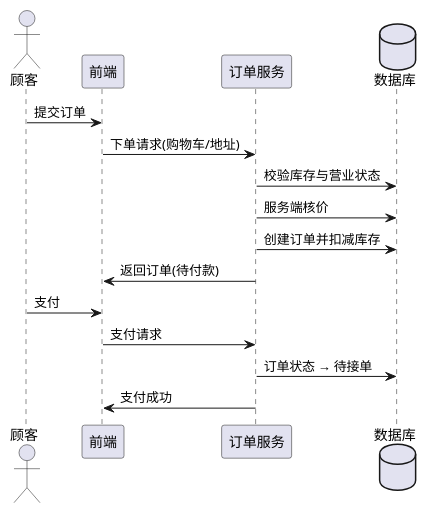
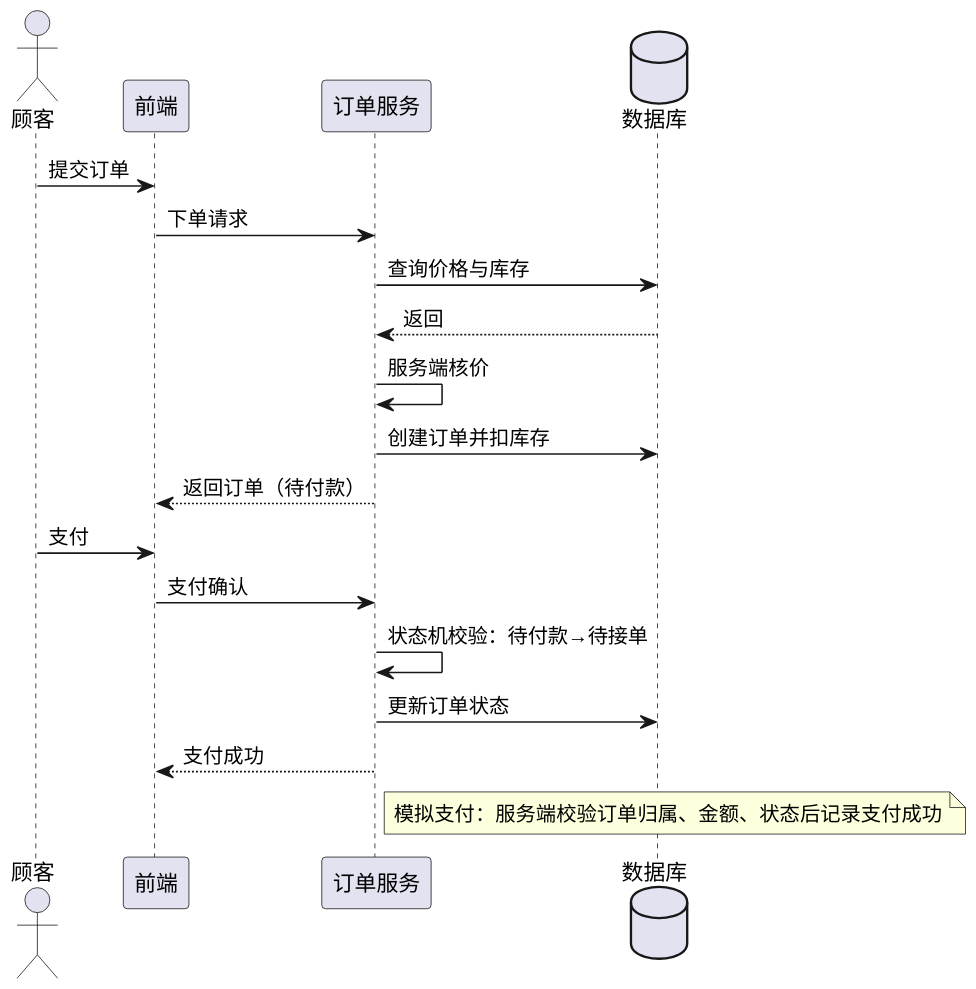
The diagram in UML/UML时序图.puml (shenningxin-lab/software-engineering-lab), drawn with PlantUML before and after one commit. The commit also changed 23 other files, not shown here.

Commit message:
实验二：保存人工修改后的 UML 与 UI 设计

```diff
--- a/UML/UML时序图.puml
+++ b/UML/UML时序图.puml
@@ -1,19 +1,24 @@
 @startuml
 skinparam defaultFontName "Microsoft YaHei"
+skinparam shadowing false
+skinparam dpi 150
 
 actor "顾客" as U
 participant "前端" as F
 participant "订单服务" as O
 database "数据库" as DB
 
 U -> F : 提交订单
-F -> O : 下单请求(购物车/地址)
-O -> DB : 校验库存与营业状态
-O -> DB : 服务端核价
-O -> DB : 创建订单并扣减库存
-O -> F : 返回订单(待付款)
+F -> O : 下单请求
+O -> DB : 查询价格与库存
+DB --> O : 返回
+O -> O : 服务端核价
+O -> DB : 创建订单并扣库存
+O --> F : 返回订单（待付款）
 U -> F : 支付
-F -> O : 支付请求
-O -> DB : 订单状态 → 待接单
-O -> F : 支付成功
+F -> O : 支付确认
+O -> O : 状态机校验：待付款→待接单
+O -> DB : 更新订单状态
+O --> F : 支付成功
+note right of O : 模拟支付：服务端校验订单归属、金额、状态后记录支付成功
 @enduml
```
